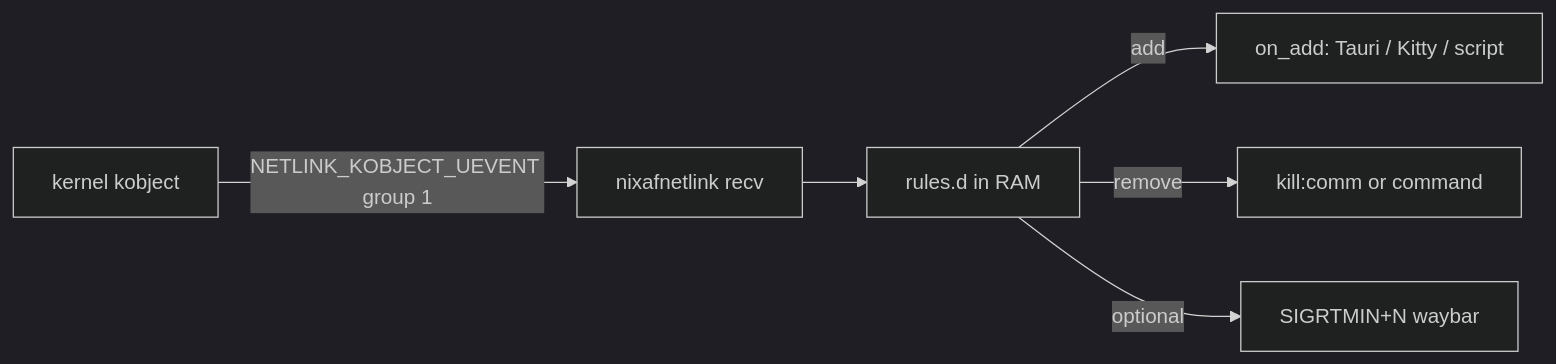
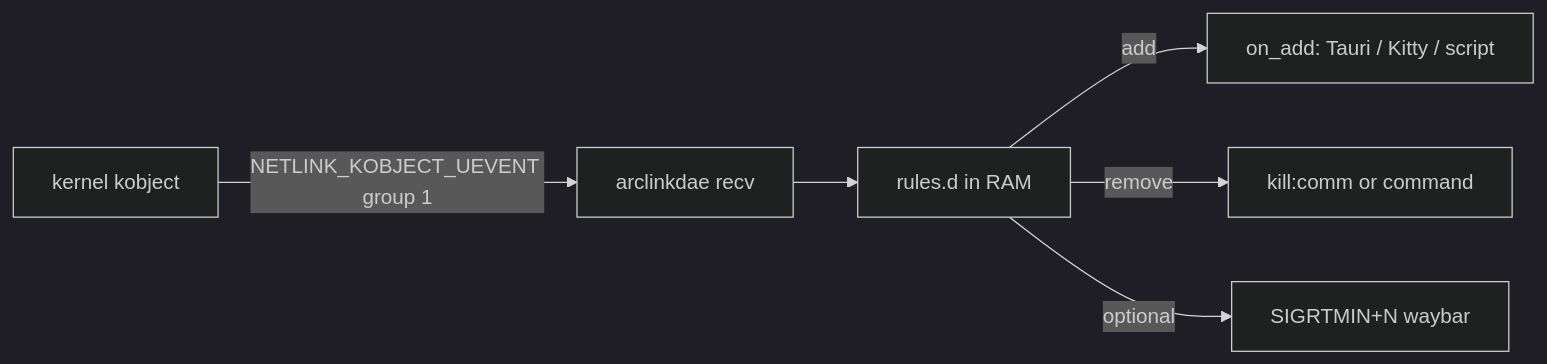
The second of 3 diagrams in README.md (Arcioth/daetron), drawn with Mermaid (dark theme) before and after one commit. The commit also changed other lines of this file and 12 other files, not shown here.

````diff
--- a/README.md
+++ b/README.md
@@ -76,8 +76,8 @@
 ```mermaid
 flowchart LR
-  K[kernel kobject] -->|NETLINK_KOBJECT_UEVENT group 1| S[nixafnetlink recv]
+  K[kernel kobject] -->|NETLINK_KOBJECT_UEVENT group 1| S[arclinkdae recv]
   S --> R[rules.d in RAM]
   R -->|add| A["on_add: Tauri / Kitty / script"]
   R -->|remove| KILL[kill:comm or command]
   R -->|optional| W[SIGRTMIN+N waybar]
 ```
````
